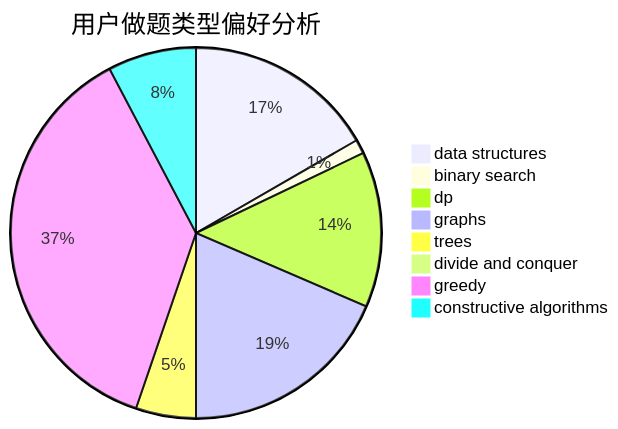
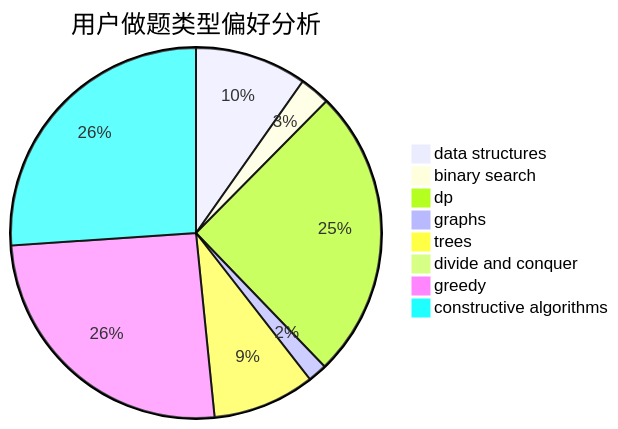
The second of 3 diagrams in docs/user/u1318.md (sherpahu/cfrs.github.io), drawn with Mermaid before and after one commit. The commit also changed other lines of this file and 2770 other files, not shown here.

````diff
--- a/docs/user/u1318.md
+++ b/docs/user/u1318.md
@@ -23,11 +23,11 @@
 ```mermaid
 pie title 用户做题类型偏好分析
-    "data structures" :  54
-    "binary search" :  4
-    "dp" :  44
-    "graphs" :  60
-    "trees" :  17
+    "data structures" :  70
+    "binary search" :  19
+    "dp" :  182
+    "graphs" :  12
+    "trees" :  64
     "divide and conquer" :  0
-    "greedy" :  120
-    "constructive algorithms" :  25
+    "greedy" :  183
+    "constructive algorithms" :  187
 ```
````
